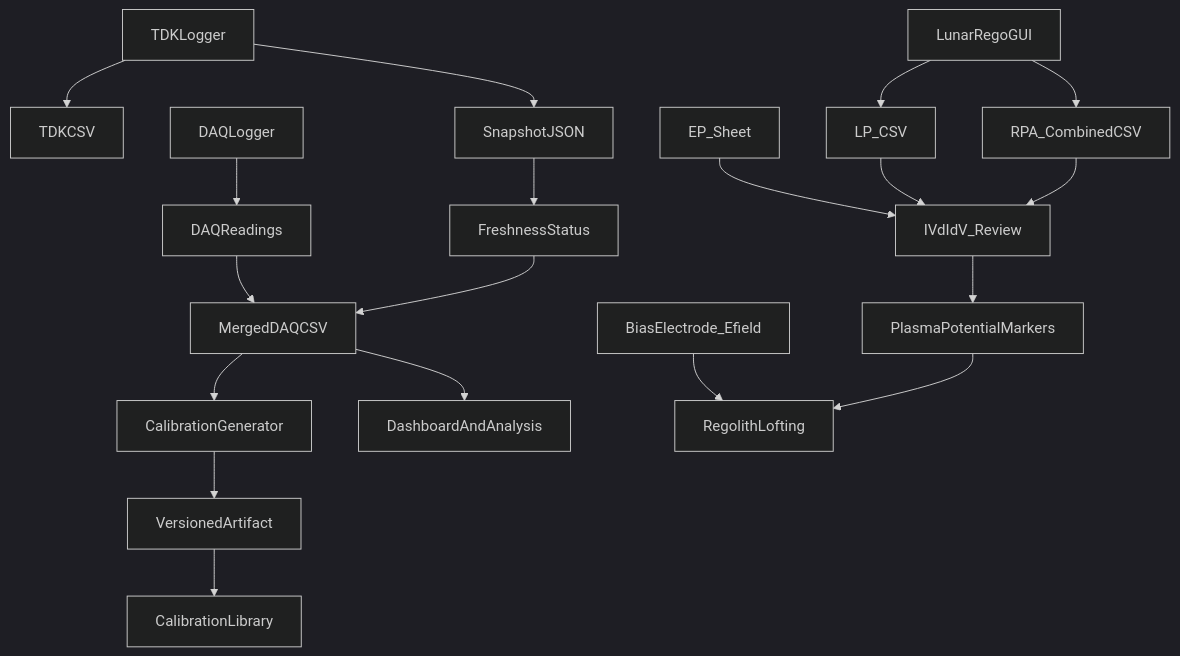
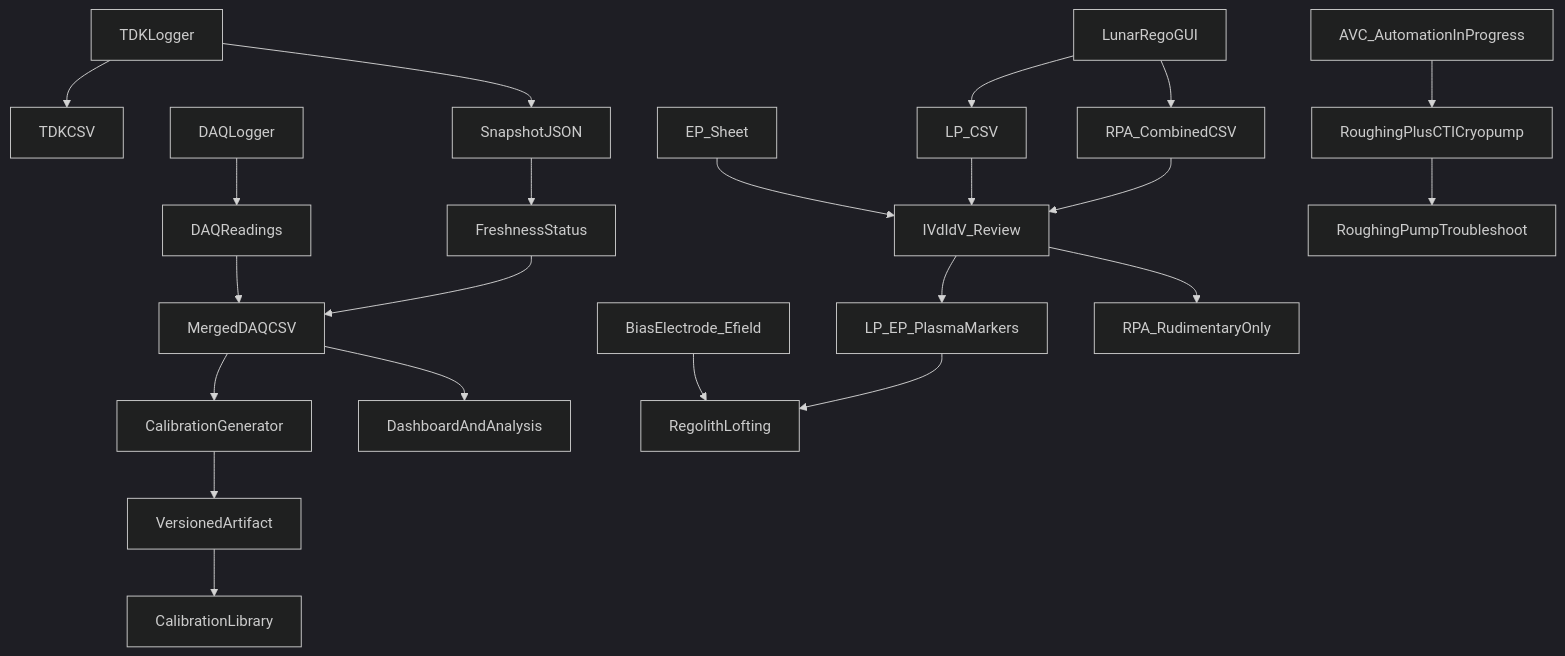
The diagram in README.md (harshddes/instrumentation-calibration-workbench), drawn with Mermaid (dark theme) before and after one commit. The commit also changed other lines of this file and 17 other files, not shown here.

````diff
--- a/README.md
+++ b/README.md
@@ -112,21 +130,24 @@
 ```mermaid
 flowchart TD
   tdkLogger[TDKLogger] --> tdkCsv[TDKCSV]
   tdkLogger --> snapshot[SnapshotJSON]
   daqLogger[DAQLogger] --> daqReadings[DAQReadings]
   snapshot --> freshness[FreshnessStatus]
   daqReadings --> mergedCsv[MergedDAQCSV]
   freshness --> mergedCsv
   mergedCsv --> calibration[CalibrationGenerator]
   calibration --> artifact[VersionedArtifact]
   artifact --> library[CalibrationLibrary]
   mergedCsv --> dashboard[DashboardAndAnalysis]
   electrode[BiasElectrode_Efield] --> lofting[RegolithLofting]
   lunarGui[LunarRegoGUI] --> lpCsv[LP_CSV]
   lunarGui --> rpaCsv[RPA_CombinedCSV]
   epSheet[EP_Sheet] --> ivReview[IVdIdV_Review]
   lpCsv --> ivReview
   rpaCsv --> ivReview
-  ivReview --> plasmaMarkers[PlasmaPotentialMarkers]
-  plasmaMarkers --> lofting
+  ivReview --> lpEpMarkers[LP_EP_PlasmaMarkers]
+  ivReview --> rpaEarly[RPA_RudimentaryOnly]
+  lpEpMarkers --> lofting
+  vacuum[RoughingPlusCTICryopump] --> troubleshooting[RoughingPumpTroubleshoot]
+  avc[AVC_AutomationInProgress] --> vacuum
 ```
````
